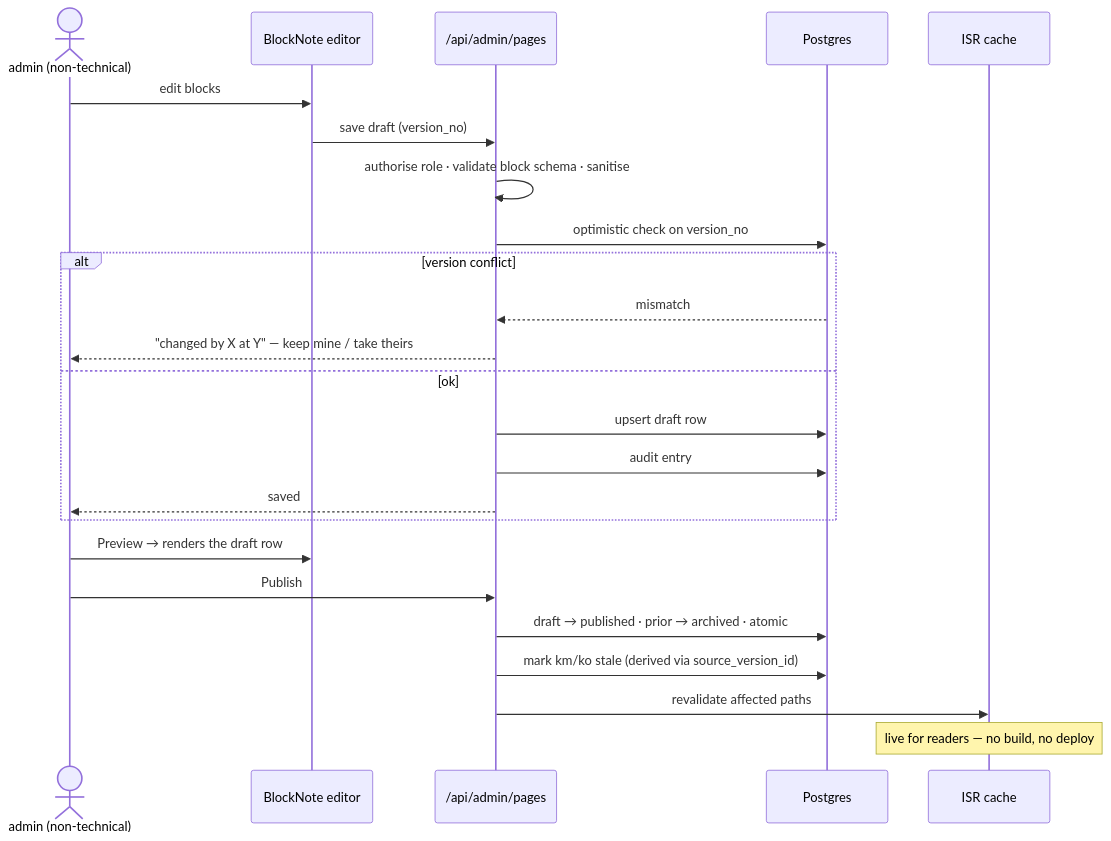
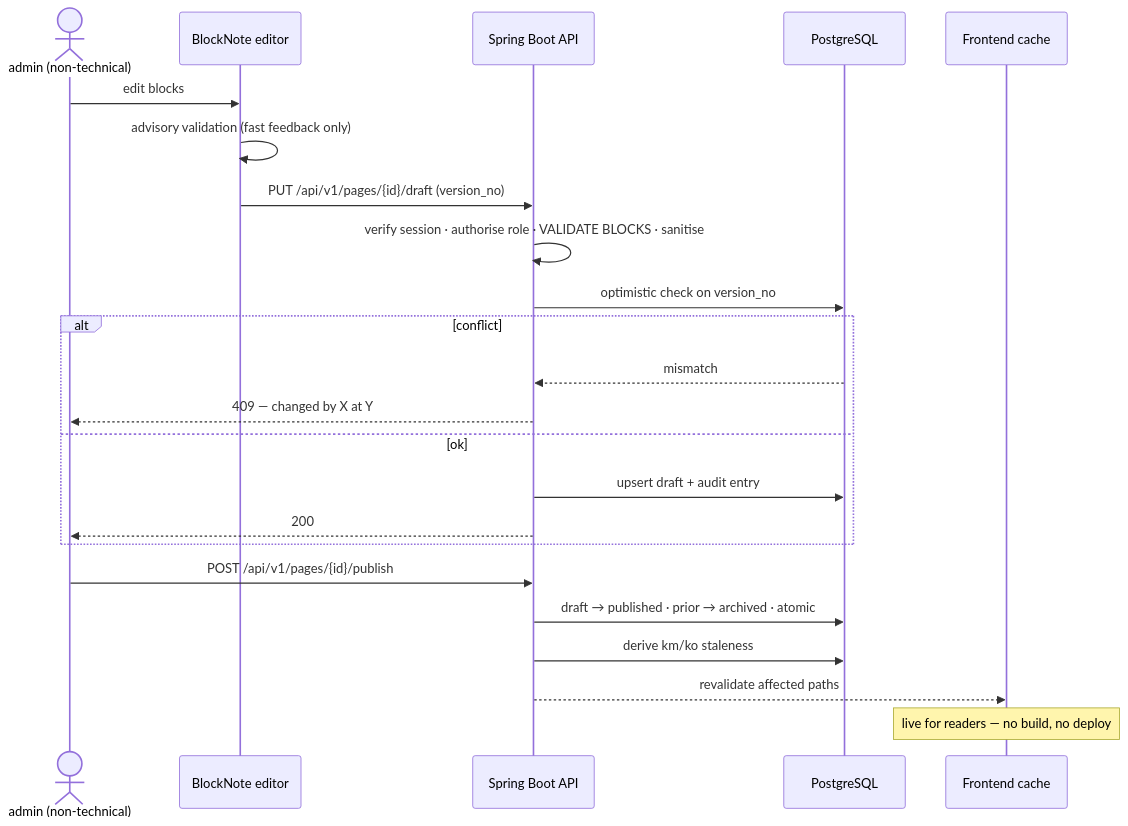
Before and after one commit to Oudompanha123/coc-docs-platform-renewal: the fifth of 6 diagrams in docs/design/architecture-overview.md, drawn with Mermaid. The commit also changed other lines of this file and 14 other files, not shown here.

````diff
--- a/docs/design/architecture-overview.md
+++ b/docs/design/architecture-overview.md
@@ -124,27 +156,26 @@
 ```mermaid
 sequenceDiagram
   actor Admin as admin (non-technical)
   participant UI as BlockNote editor
-  participant API as /api/admin/pages
-  participant DB as Postgres
-  participant Cache as ISR cache
+  participant API as Spring Boot API
+  participant DB as PostgreSQL
+  participant FE as Frontend cache
 
   Admin->>UI: edit blocks
-  UI->>API: save draft (version_no)
-  API->>API: authorise role · validate block schema · sanitise
+  UI->>UI: advisory validation (fast feedback only)
+  UI->>API: PUT /api/v1/pages/{id}/draft  (version_no)
+  API->>API: verify session · authorise role · VALIDATE BLOCKS · sanitise
   API->>DB: optimistic check on version_no
-  alt version conflict
+  alt conflict
     DB-->>API: mismatch
-    API-->>Admin: "changed by X at Y" — keep mine / take theirs
+    API-->>Admin: 409 — changed by X at Y
   else ok
-    API->>DB: upsert draft row
-    API->>DB: audit entry
-    API-->>Admin: saved
+    API->>DB: upsert draft + audit entry
+    API-->>Admin: 200
   end
-  Admin->>UI: Preview → renders the draft row
-  Admin->>API: Publish
+  Admin->>API: POST /api/v1/pages/{id}/publish
   API->>DB: draft → published · prior → archived · atomic
-  API->>DB: mark km/ko stale (derived via source_version_id)
-  API->>Cache: revalidate affected paths
-  Note over Cache: live for readers — no build, no deploy
+  API->>DB: derive km/ko staleness
+  API-->>FE: revalidate affected paths
+  Note over FE: live for readers — no build, no deploy
 ```
````
